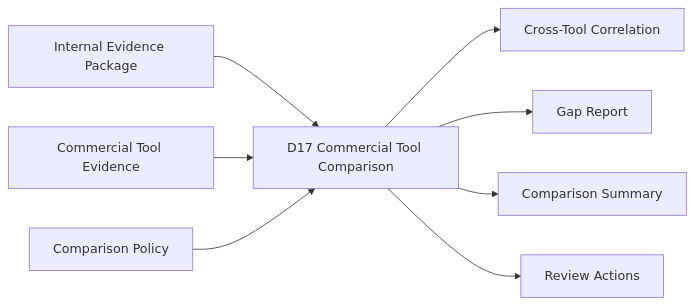
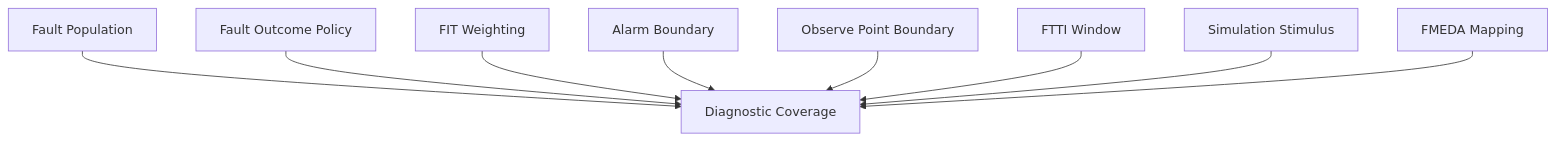
One commit to qiqixixi1001/automotive-safeic-practice changed the second of 10 diagrams in articles/17_automotive_safeic_practice_d17_github_en_commercial_tool_comparison.md. Above: the diagram before and after it, drawn with Mermaid. The commit also changed other lines of this file, not shown here.

````diff
--- a/articles/17_automotive_safeic_practice_d17_github_en_commercial_tool_comparison.md
+++ b/articles/17_automotive_safeic_practice_d17_github_en_commercial_tool_comparison.md
@@ -86,10 +95,11 @@
 ```mermaid
-flowchart LR
-    A[Internal Evidence Package] --> C[D17 Commercial Tool Comparison]
-    B[Commercial Tool Evidence] --> C
-    D[Comparison Policy] --> C
-    C --> E[Cross-Tool Correlation]
-    C --> F[Gap Report]
-    C --> G[Comparison Summary]
-    C --> H[Review Actions]
+flowchart TD
+    A[Fault Population] --> DC[Diagnostic Coverage]
+    B[Fault Outcome Policy] --> DC
+    C[FIT Weighting] --> DC
+    D[Alarm Boundary] --> DC
+    E[Observe Point Boundary] --> DC
+    F[FTTI Window] --> DC
+    G[Simulation Stimulus] --> DC
+    H[FMEDA Mapping] --> DC
 ```
````
